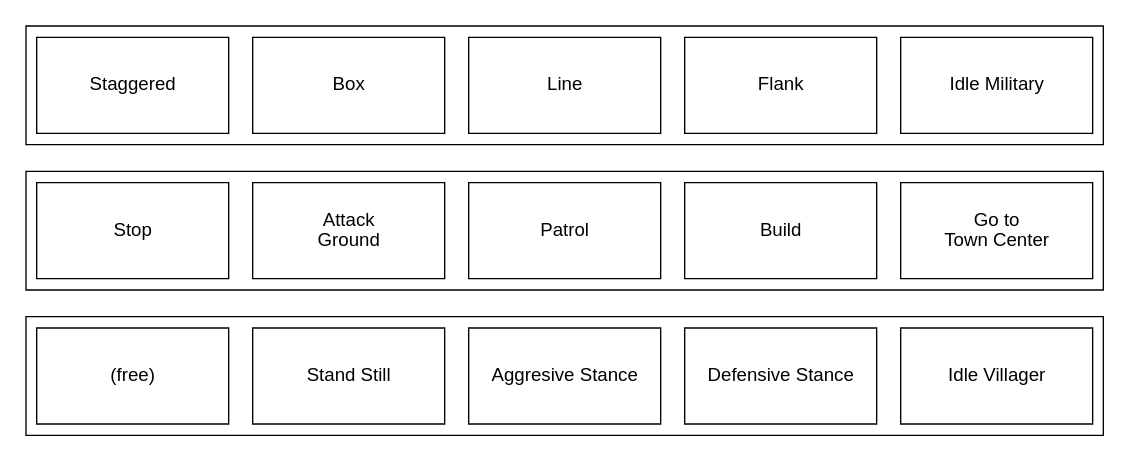
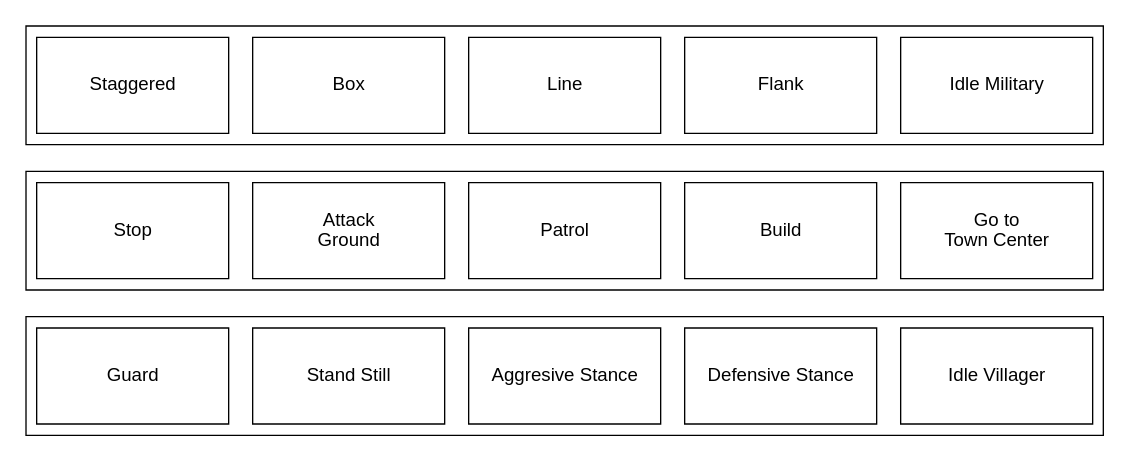
The diagram in layer1.dot (TheAgeOfCoding/age-hotkey-science), drawn with Graphviz before and after one commit. The commit also changed 1 other file, not shown here.

Commit message:
Add guard to layer 1

```diff
--- a/layer1.dot
+++ b/layer1.dot
@@ -1,27 +1,27 @@
 digraph D {
     node [pin=true, width=2, height=1, shape=record, fixedsize=true, autosize=false, fontname="Arial"];
     subgraph cluster_0 {
       e [label="Idle Military"];
       d [label="Flank"];
       c [label="Line"];
       b [label="Box"];
       a [label="Staggered"];
     }
     subgraph cluster_1 {
       j [label="Go to\nTown Center"];
       i [label="Build"];
       h [label="Patrol"];
       g [label="Attack\n Ground"];
       f [label="Stop"];
     }
 
     subgraph cluster_2 {
       k [label="Idle Villager"];
       l [label="Defensive Stance"];
       m [label="Aggresive Stance"];
       n [label="Stand Still"];
-      o [label="(free)"];
+      o [label="Guard"];
     }
   a -> f [style=invis];
   j -> k [style=invis];
 }
```
